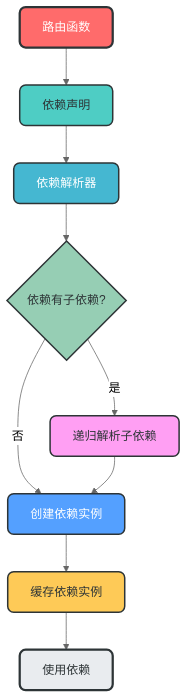
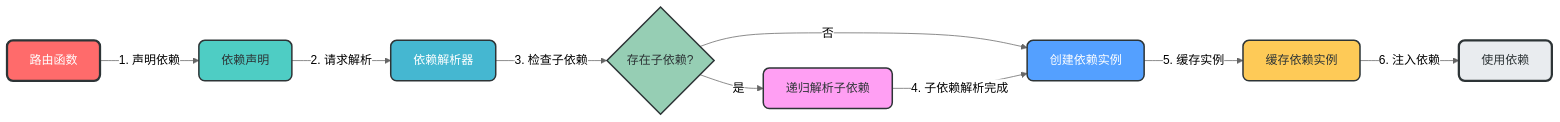
One commit to amuqiao/fastapi-enterprise-framework-template changed the seventh of 24 diagrams in docs/design/architecture_guide.md. Above: the diagram before and after it, drawn with Mermaid (neutral theme). The commit also changed other lines of this file, not shown here.

````diff
--- a/docs/design/architecture_guide.md
+++ b/docs/design/architecture_guide.md
@@ -457,20 +457,20 @@
 ```mermaid
-graph TD
-    A[路由函数] --> B[依赖声明]
-    B --> C[依赖解析器]
-    C --> D{依赖有子依赖?}
+graph LR
+    A[路由函数] -->|1. 声明依赖| B[依赖声明]
+    B -->|2. 请求解析| C[依赖解析器]
+    C -->|3. 检查子依赖| D{存在子依赖?}
     D -->|是| E[递归解析子依赖]
     D -->|否| F[创建依赖实例]
-    E --> F
-    F --> G[缓存依赖实例]
-    G --> H[使用依赖]
+    E -->|4. 子依赖解析完成| F
+    F -->|5. 缓存实例| G[缓存依赖实例]
+    G -->|6. 注入依赖| H[使用依赖]
     
     style A fill:#FF6B6B,stroke:#2D3436,stroke-width:3px,color:white,rx:8,ry:8
     style B fill:#4ECDC4,stroke:#2D3436,stroke-width:2px,color:#2D3436,rx:8,ry:8
     style C fill:#45B7D1,stroke:#2D3436,stroke-width:2px,color:white,rx:8,ry:8
     style D fill:#96CEB4,stroke:#2D3436,stroke-width:2px,color:#2D3436,rx:8,ry:8
     style E fill:#FF9FF3,stroke:#2D3436,stroke-width:2px,color:#2D3436,rx:8,ry:8
     style F fill:#54A0FF,stroke:#2D3436,stroke-width:2px,color:white,rx:8,ry:8
     style G fill:#FECA57,stroke:#2D3436,stroke-width:2px,color:#2D3436,rx:8,ry:8
     style H fill:#E9ECEF,stroke:#2D3436,stroke-width:3px,color:#2D3436,rx:8,ry:8
 ```
````
